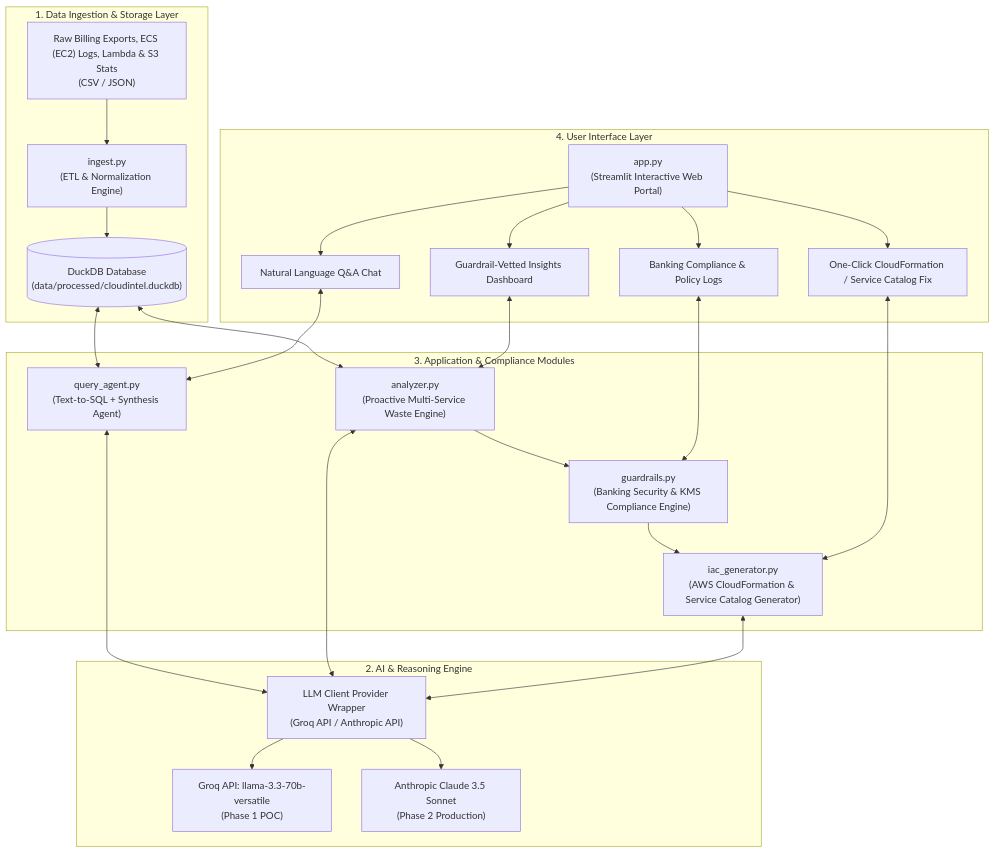
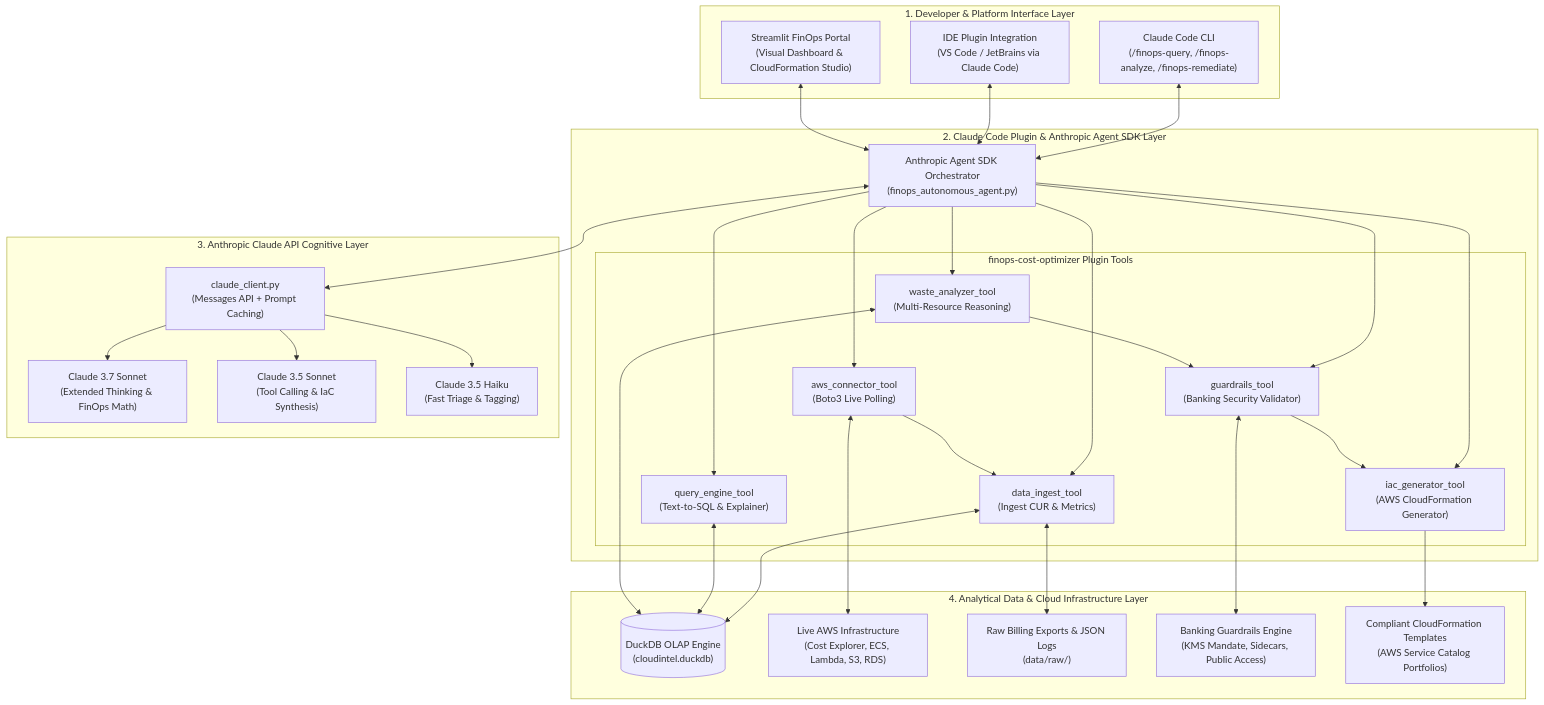
Before and after one commit to bdakshina/ai-aws-cost: the first of 3 diagrams in docs/ARCHITECTURE.md, drawn with Mermaid. The commit also changed other lines of this file and 5 other files, not shown here.

Commit message:
docs: align architecture, implementation, deployment, edge cases, and problem statement with Claude Code Plugin and Anthropic Agent SDK ecosystem

````diff
--- a/docs/ARCHITECTURE.md
+++ b/docs/ARCHITECTURE.md
@@ -35,50 +39,64 @@
 ```mermaid
 flowchart TB
-    subgraph Data_Layer ["1. Data Ingestion & Storage Layer"]
-        RawData["Raw Billing Exports, ECS (EC2) Logs, Lambda & S3 Stats\n(CSV / JSON)"] --> IngestEngine["ingest.py\n(ETL & Normalization Engine)"]
-        IngestEngine --> DuckDB[("DuckDB Database\n(data/processed/cloudintel.duckdb)")]
+    subgraph User_Interface_Layer ["1. Developer & Platform Interface Layer"]
+        CLI["Claude Code CLI\n(/finops-query, /finops-analyze, /finops-remediate)"]
+        IDE["IDE Plugin Integration\n(VS Code / JetBrains via Claude Code)"]
+        WebUI["Streamlit FinOps Portal\n(Visual Dashboard & CloudFormation Studio)"]
     end
 
-    subgraph LLM_Layer ["2. AI & Reasoning Engine"]
-        LLMWrapper["LLM Client Provider Wrapper\n(Groq API / Anthropic API)"]
-        GroqModel["Groq API: llama-3.3-70b-versatile\n(Phase 1 POC)"]
-        ClaudeModel["Anthropic Claude 3.5 Sonnet\n(Phase 2 Production)"]
-        LLMWrapper --> GroqModel
-        LLMWrapper --> ClaudeModel
+    subgraph Agent_Layer ["2. Claude Code Plugin & Anthropic Agent SDK Layer"]
+        AgentSDK["Anthropic Agent SDK Orchestrator\n(finops_autonomous_agent.py)"]
+        
+        subgraph Plugin_Tools ["finops-cost-optimizer Plugin Tools"]
+            T1["data_ingest_tool\n(Ingest CUR & Metrics)"]
+            T2["query_engine_tool\n(Text-to-SQL & Explainer)"]
+            T3["waste_analyzer_tool\n(Multi-Resource Reasoning)"]
+            T4["guardrails_tool\n(Banking Security Validator)"]
+            T5["iac_generator_tool\n(AWS CloudFormation Generator)"]
+            T6["aws_connector_tool\n(Boto3 Live Polling)"]
+        end
     end
 
-    subgraph Agent_Layer ["3. Application & Compliance Modules"]
-        QueryAgent["query_agent.py\n(Text-to-SQL + Synthesis Agent)"]
-        WasteAnalyzer["analyzer.py\n(Proactive Multi-Service Waste Engine)"]
-        GuardrailsEngine["guardrails.py\n(Banking Security & KMS Compliance Engine)"]
-        IaCGenerator["iac_generator.py\n(AWS CloudFormation & Service Catalog Generator)"]
+    subgraph Claude_API_Layer ["3. Anthropic Claude API Cognitive Layer"]
+        ClaudeClient["claude_client.py\n(Messages API + Prompt Caching)"]
+        Claude37["Claude 3.7 Sonnet\n(Extended Thinking & FinOps Math)"]
+        Claude35["Claude 3.5 Sonnet\n(Tool Calling & IaC Synthesis)"]
+        ClaudeHaiku["Claude 3.5 Haiku\n(Fast Triage & Tagging)"]
         
-        WasteAnalyzer --> GuardrailsEngine
+        ClaudeClient --> Claude37
+        ClaudeClient --> Claude35
+        ClaudeClient --> ClaudeHaiku
     end
 
-    subgraph UI_Layer ["4. User Interface Layer"]
-        StreamlitUI["app.py\n(Streamlit Interactive Web Portal)"]
-        ChatInterface["Natural Language Q&A Chat"]
-        Dashboard["Guardrail-Vetted Insights Dashboard"]
-        ComplianceBadge["Banking Compliance & Policy Logs"]
-        RemediationUI["One-Click CloudFormation / Service Catalog Fix"]
-        
-        StreamlitUI --> ChatInterface
-        StreamlitUI --> Dashboard
-        StreamlitUI --> ComplianceBadge
-        StreamlitUI --> RemediationUI
+    subgraph Data_Layer ["4. Analytical Data & Cloud Infrastructure Layer"]
+        DuckDB[("DuckDB OLAP Engine\n(cloudintel.duckdb)")]
+        LiveAWS["Live AWS Infrastructure\n(Cost Explorer, ECS, Lambda, S3, RDS)"]
+        RawFiles["Raw Billing Exports & JSON Logs\n(data/raw/)"]
+        GuardrailsEngine["Banking Guardrails Engine\n(KMS Mandate, Sidecars, Public Access)"]
+        CFNOutput["Compliant CloudFormation Templates\n(AWS Service Catalog Portfolios)"]
     end
 
-    %% Data Flow Connections
-    DuckDB <--> QueryAgent
-    DuckDB <--> WasteAnalyzer
-    QueryAgent <--> LLMWrapper
-    WasteAnalyzer <--> LLMWrapper
-    GuardrailsEngine --> IaCGenerator
-    IaCGenerator <--> LLMWrapper
-
-    ChatInterface <--> QueryAgent
-    Dashboard <--> WasteAnalyzer
-    ComplianceBadge <--> GuardrailsEngine
-    RemediationUI <--> IaCGenerator
+    %% Connections
+    CLI <--> AgentSDK
+    IDE <--> AgentSDK
+    WebUI <--> AgentSDK
+    
+    AgentSDK <--> ClaudeClient
+    AgentSDK --> T1
+    AgentSDK --> T2
+    AgentSDK --> T3
+    AgentSDK --> T4
+    AgentSDK --> T5
+    AgentSDK --> T6
+    
+    T1 <--> RawFiles
+    T1 <--> DuckDB
+    T6 <--> LiveAWS
+    T6 --> T1
+    T2 <--> DuckDB
+    T3 <--> DuckDB
+    T3 --> T4
+    T4 <--> GuardrailsEngine
+    T4 --> T5
+    T5 --> CFNOutput
 ```
````
